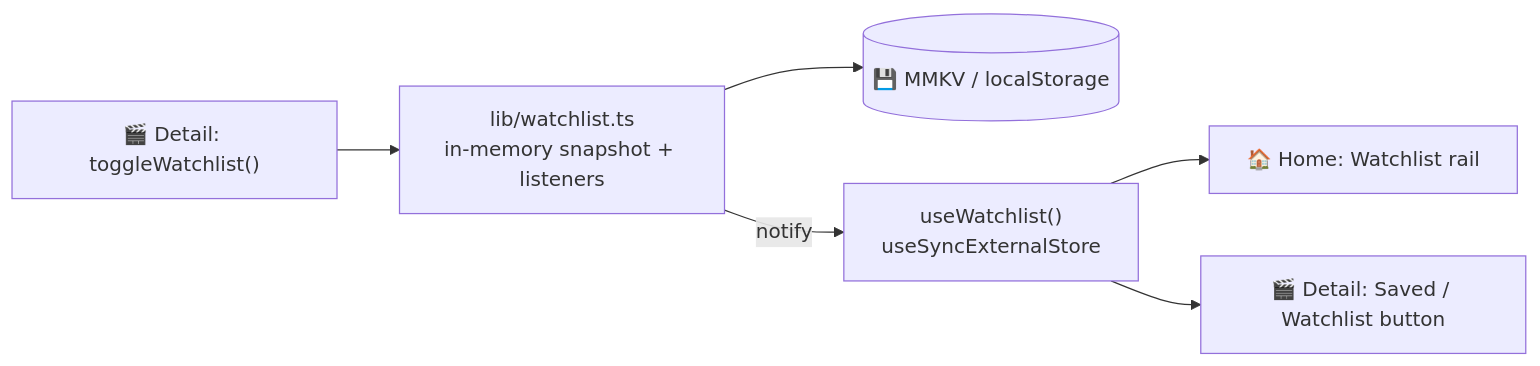
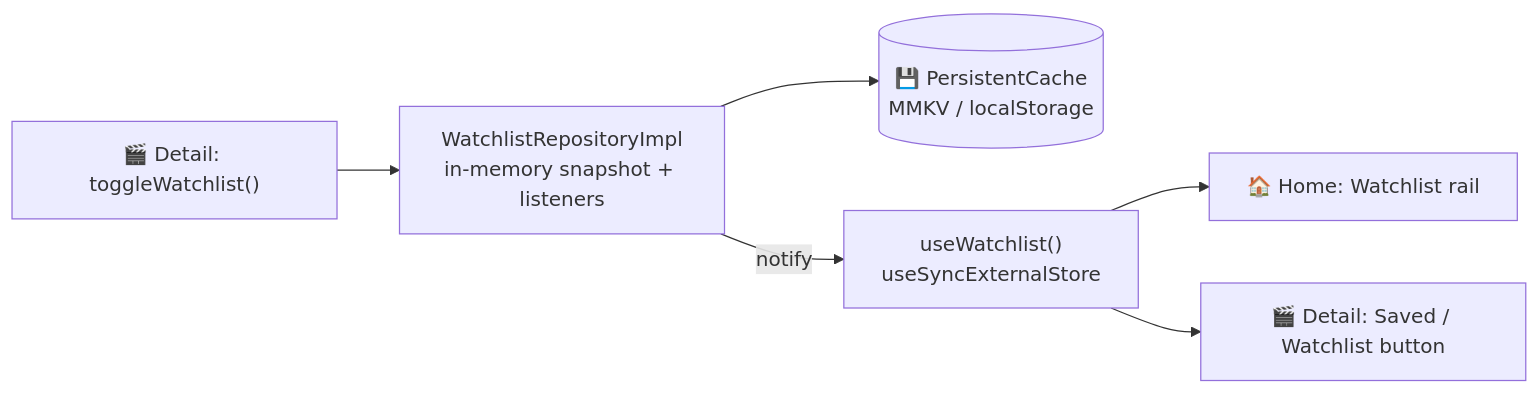
The fifth of 6 diagrams in README.md (kunal26das/yify), drawn with Mermaid before and after one commit. The commit also changed other lines of this file and 2 other files, not shown here.

````diff
--- a/README.md
+++ b/README.md
@@ -255,8 +255,8 @@
 ```mermaid
 flowchart LR
     Btn["🎬 Detail: toggleWatchlist()"] --> Store
-    Store["lib/watchlist.ts<br/>in-memory snapshot + listeners"] --> MMKV[("💾 MMKV / localStorage")]
+    Store["WatchlistRepositoryImpl<br/>in-memory snapshot + listeners"] --> MMKV[("💾 PersistentCache<br/>MMKV / localStorage")]
     Store -->|notify| Hook["useWatchlist()<br/>useSyncExternalStore"]
     Hook --> Rail["🏠 Home: Watchlist rail"]
     Hook --> Save["🎬 Detail: Saved / Watchlist button"]
 ```
````
